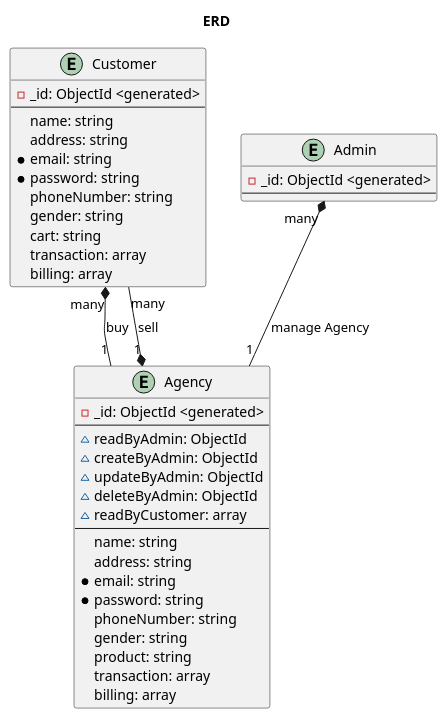
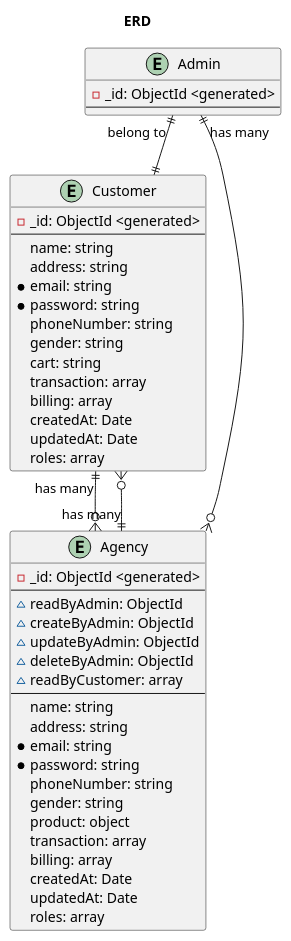
One commit to taint3110/SET2021_BackendTest changed the diagram in Study/backend/docs/enityRelationship/ERD.puml. Above: the diagram before and after it, drawn with PlantUML. The commit also changed 7 other files, not shown here.

Commit message:
BET-02 | redesign sequence diagrams for apis

```diff
--- a/Study/backend/docs/enityRelationship/ERD.puml
+++ b/Study/backend/docs/enityRelationship/ERD.puml
@@ -1,51 +1,57 @@
 @startuml Application use cases diagram
 skinparam actorStyle awesome
 title ERD
 
 
 entity Customer{
     -_id: ObjectId <generated>
     --
     name: string 
     address: string 
     *email: string 
     *password: string
     phoneNumber: string 
     gender: string 
     cart: string
     transaction: array
     billing: array
+    createdAt: Date
+    updatedAt: Date
+    roles: array
 }
 
 entity Agency{
     -_id: ObjectId <generated>
     --
     ~readByAdmin: ObjectId
     ~createByAdmin: ObjectId
     ~updateByAdmin: ObjectId
     ~deleteByAdmin: ObjectId
     ~readByCustomer: array
     --
     name: string
     address: string 
     *email: string 
     *password: string
     phoneNumber: string 
     gender: string 
-    product: string
+    product: object
     transaction: array
     billing: array
+    createdAt: Date
+    updatedAt: Date
+    roles: array
 }
 
 
 entity Admin{
     -_id: ObjectId <generated>
     --
 }
-Admin "many" *-- "1" Agency: manage Agency
-Customer "many" *-- "1" Agency: buy
-Agency "1" *-- "many" Customer: sell
 
-
+Admin "belong to" ||--|| Customer
+Customer "has many" ||--o{  Agency
+Agency "has many" ||--o{  Customer
+Admin "has many" ||--o{  Agency
 
 @enduml
```
